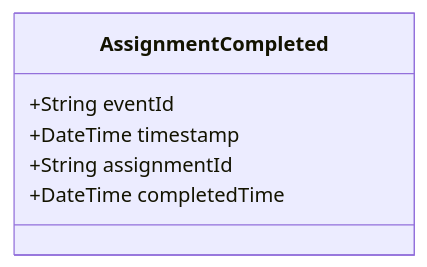
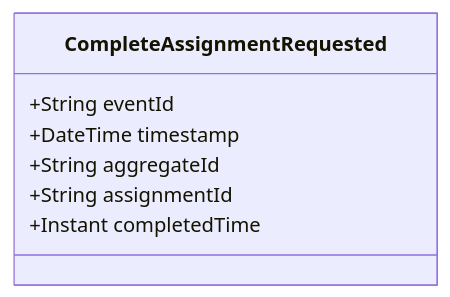
The diagram in doc/events/AssignmentCompleted.md (pgraff/police-system), drawn with Mermaid before and after one commit. The commit also changed other lines of this file and 58 other files, not shown here.

````diff
--- a/doc/events/AssignmentCompleted.md
+++ b/doc/events/AssignmentCompleted.md
@@ -9,9 +9,10 @@
 ```mermaid
 classDiagram
-    class AssignmentCompleted {
+    class CompleteAssignmentRequested {
         +String eventId
         +DateTime timestamp
+        +String aggregateId
         +String assignmentId
-        +DateTime completedTime
+        +Instant completedTime
     }
 ```
````
